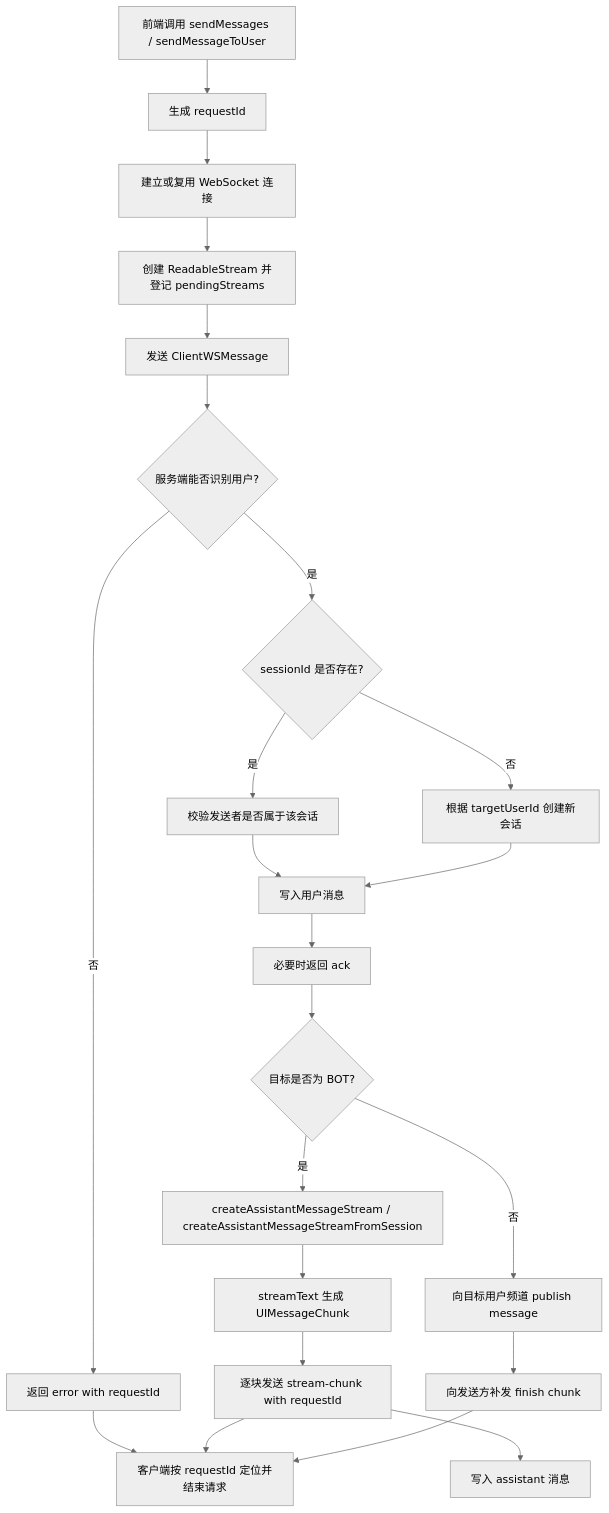
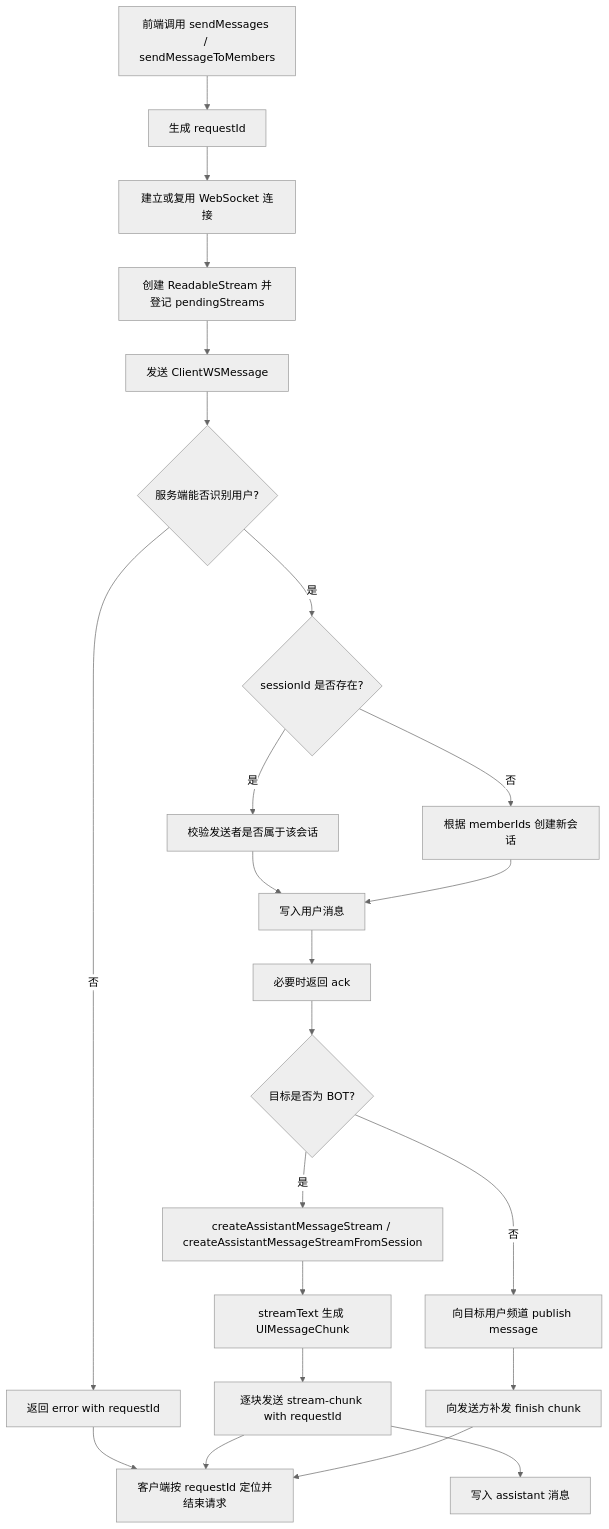
Before and after one commit to joseplin0/clawme: the first of 4 diagrams in docs/content/WEBSOCKET_CHAT.md, drawn with Mermaid (neutral theme). The commit also changed other lines of this file and 34 other files, not shown here.

First line of the commit message:
feat: unify room creation flow

````diff
--- a/docs/content/WEBSOCKET_CHAT.md
+++ b/docs/content/WEBSOCKET_CHAT.md
@@ -123,32 +125,32 @@
 ```mermaid
 flowchart TD
-    A[前端调用 sendMessages / sendMessageToUser] --> B[生成 requestId]
+    A[前端调用 sendMessages / sendMessageToMembers] --> B[生成 requestId]
     B --> C[建立或复用 WebSocket 连接]
     C --> D[创建 ReadableStream 并登记 pendingStreams]
     D --> E[发送 ClientWSMessage]
 
     E --> F{服务端能否识别用户?}
     F -- 否 --> G[返回 error with requestId]
     F -- 是 --> H{sessionId 是否存在?}
 
     H -- 是 --> I[校验发送者是否属于该会话]
-    H -- 否 --> J[根据 targetUserId 创建新会话]
+    H -- 否 --> J[根据 memberIds 创建新会话]
 
     I --> K[写入用户消息]
     J --> K
 
     K --> L[必要时返回 ack]
     L --> M{目标是否为 BOT?}
 
     M -- 是 --> N[createAssistantMessageStream / createAssistantMessageStreamFromSession]
     N --> O[streamText 生成 UIMessageChunk]
     O --> P[逐块发送 stream-chunk with requestId]
     P --> Q[写入 assistant 消息]
 
     M -- 否 --> R[向目标用户频道 publish message]
     R --> S[向发送方补发 finish chunk]
 
     G --> T[客户端按 requestId 定位并结束请求]
     P --> T
     S --> T
 ```
````
